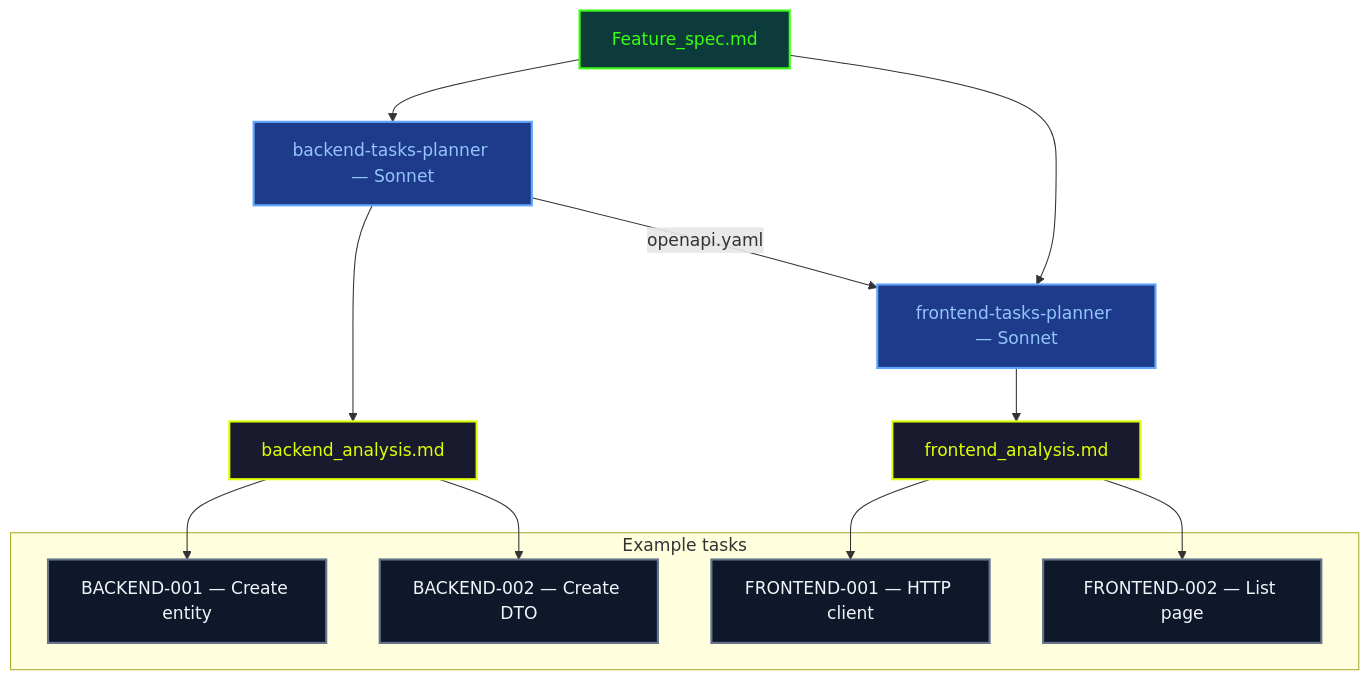
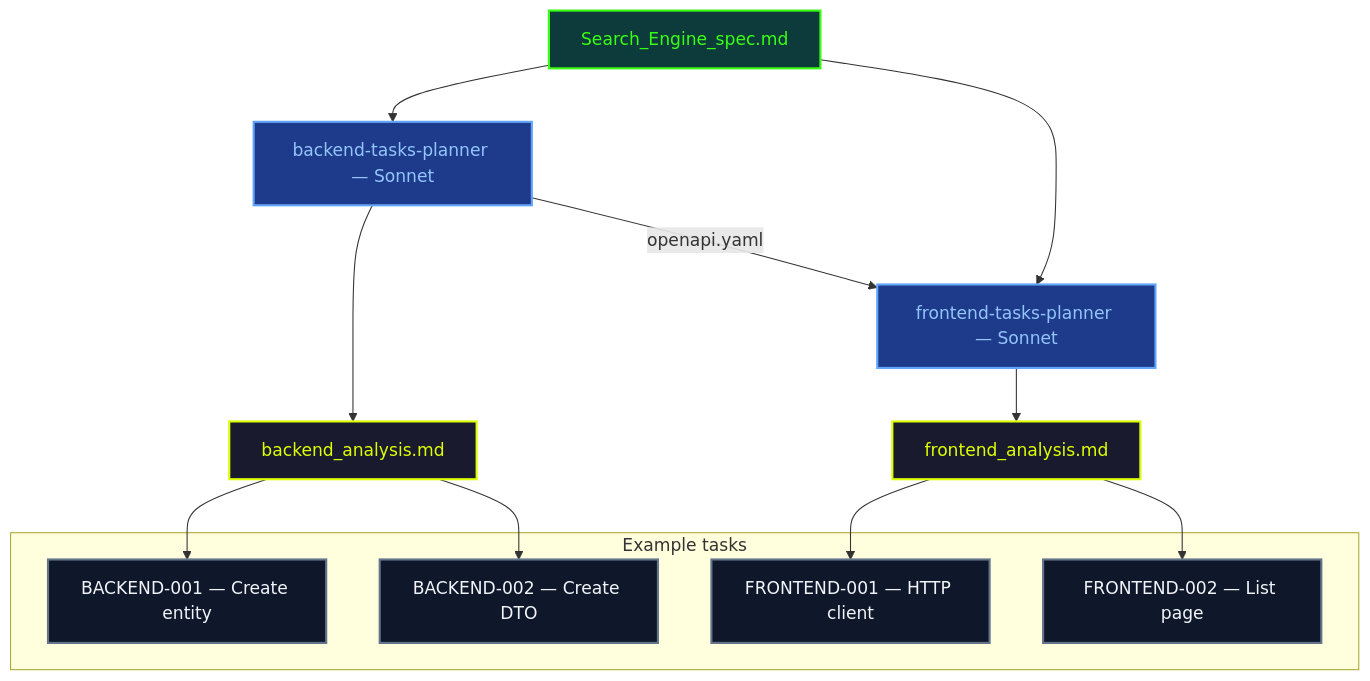
One commit to fondative/claude-code-ecosystem changed the ninth of 15 diagrams in docs/en/guide/methodology.md. Above: the diagram before and after it, drawn with Mermaid. The commit also changed other lines of this file and 395 other files, not shown here.

````diff
--- a/docs/en/guide/methodology.md
+++ b/docs/en/guide/methodology.md
@@ -414,36 +521,36 @@
 ```mermaid
 graph TB
-    SPEC["Feature_spec.md"]
+    SPEC["Search_Engine_spec.md"]
     BP["backend-tasks-planner — Sonnet"]
     FP["frontend-tasks-planner — Sonnet"]
     BA["backend_analysis.md"]
     FA["frontend_analysis.md"]
 
     SPEC --> BP
     SPEC --> FP
     BP --> BA
     BP -->|openapi.yaml| FP
     FP --> FA
 
     subgraph TASKS["Example tasks"]
         T1["BACKEND-001 — Create entity"]
         T2["BACKEND-002 — Create DTO"]
         T3["FRONTEND-001 — HTTP client"]
         T4["FRONTEND-002 — List page"]
     end
 
     BA --> T1
     BA --> T2
     FA --> T3
     FA --> T4
 
     classDef input fill:#0d3b3b,stroke:#39ff14,stroke-width:2px,color:#39ff14
     classDef sonnet fill:#1e3a8a,stroke:#60a5fa,stroke-width:2px,color:#93c5fd
     classDef output fill:#1a1a2e,stroke:#ddff00,stroke-width:2px,color:#ddff00
     classDef task fill:#0f172a,stroke:#64748b,stroke-width:2px,color:#f1f5f9
 
     class SPEC input
     class BP,FP sonnet
     class BA,FA output
     class T1,T2,T3,T4 task
 ```
````
